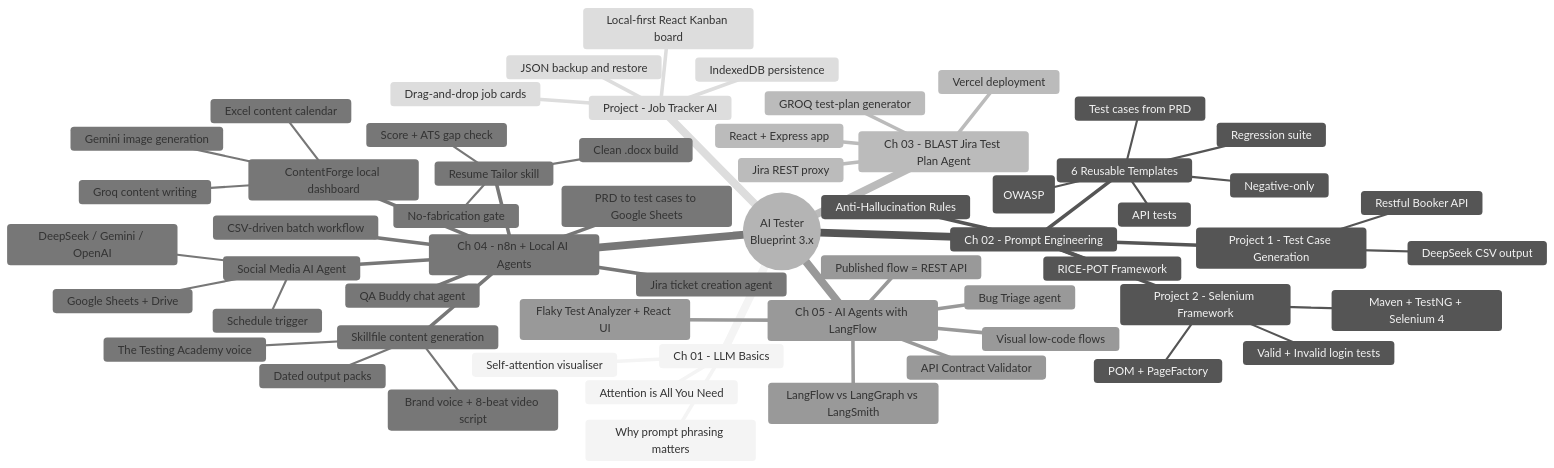
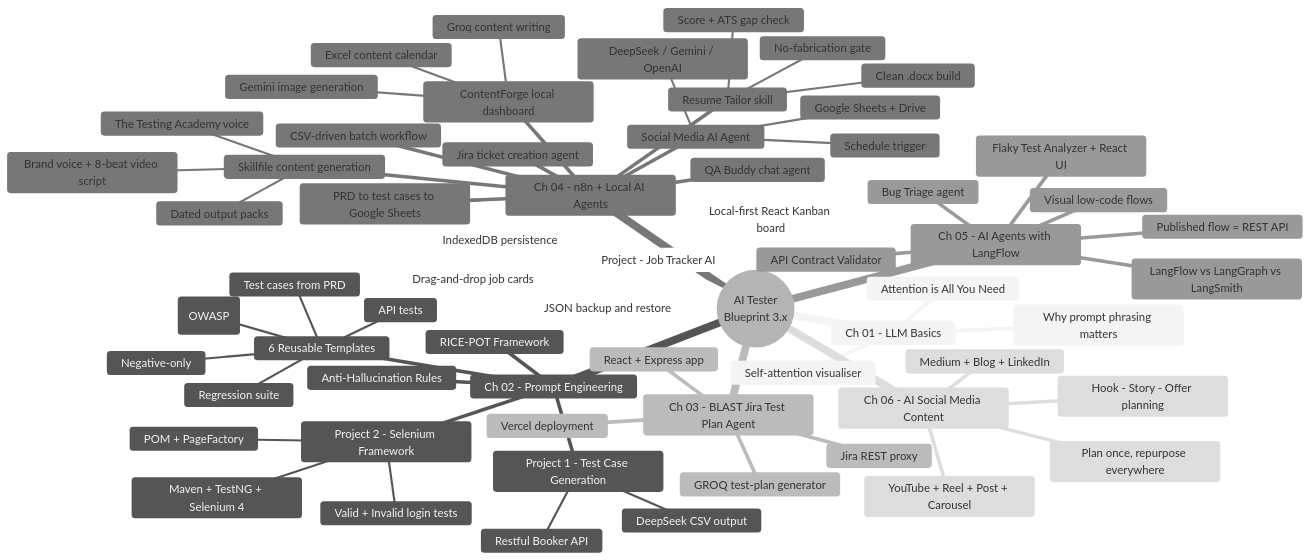
Before and after one commit to Gurpreet-it/AI-Test: the first of 8 diagrams in README.md, drawn with Mermaid (neutral theme). The commit also changed other lines of this file and 10 other files, not shown here.

First line of the commit message:
feat: add ch06 social media content templates

````diff
--- a/README.md
+++ b/README.md
@@ -14,62 +14,67 @@
 ```mermaid
 mindmap
   root((AI Tester<br/>Blueprint 3.x))
     Ch 01 - LLM Basics
       Attention is All You Need
       Self-attention visualiser
       Why prompt phrasing matters
     Ch 02 - Prompt Engineering
       Anti-Hallucination Rules
       RICE-POT Framework
       Project 1 - Test Case Generation
         Restful Booker API
         DeepSeek CSV output
       Project 2 - Selenium Framework
         Maven + TestNG + Selenium 4
         POM + PageFactory
         Valid + Invalid login tests
       6 Reusable Templates
         Test cases from PRD
         API tests
         Negative-only
         Security (OWASP)
         Regression suite
     Ch 03 - BLAST Jira Test Plan Agent
       React + Express app
       Jira REST proxy
       GROQ test-plan generator
       Vercel deployment
     Ch 04 - n8n + Local AI Agents
       QA Buddy chat agent
       Jira ticket creation agent
       PRD to test cases to Google Sheets
       CSV-driven batch workflow
       ContentForge local dashboard
         Groq content writing
         Gemini image generation
         Excel content calendar
       Skillfile content generation
         The Testing Academy voice
         Brand voice + 8-beat video script
         Dated output packs
       Social Media AI Agent
         Schedule trigger
         DeepSeek / Gemini / OpenAI
         Google Sheets + Drive
       Resume Tailor skill
         Score + ATS gap check
         No-fabrication gate
         Clean .docx build
     Ch 05 - AI Agents with LangFlow
       Visual low-code flows
       Published flow = REST API
       Flaky Test Analyzer + React UI
       API Contract Validator
       Bug Triage agent
       LangFlow vs LangGraph vs LangSmith
+    Ch 06 - AI Social Media Content
+      Hook - Story - Offer planning
+      YouTube + Reel + Post + Carousel
+      Medium + Blog + LinkedIn
+      Plan once, repurpose everywhere
     Project - Job Tracker AI
       Local-first React Kanban board
       IndexedDB persistence
       Drag-and-drop job cards
       JSON backup and restore
 ```
````
